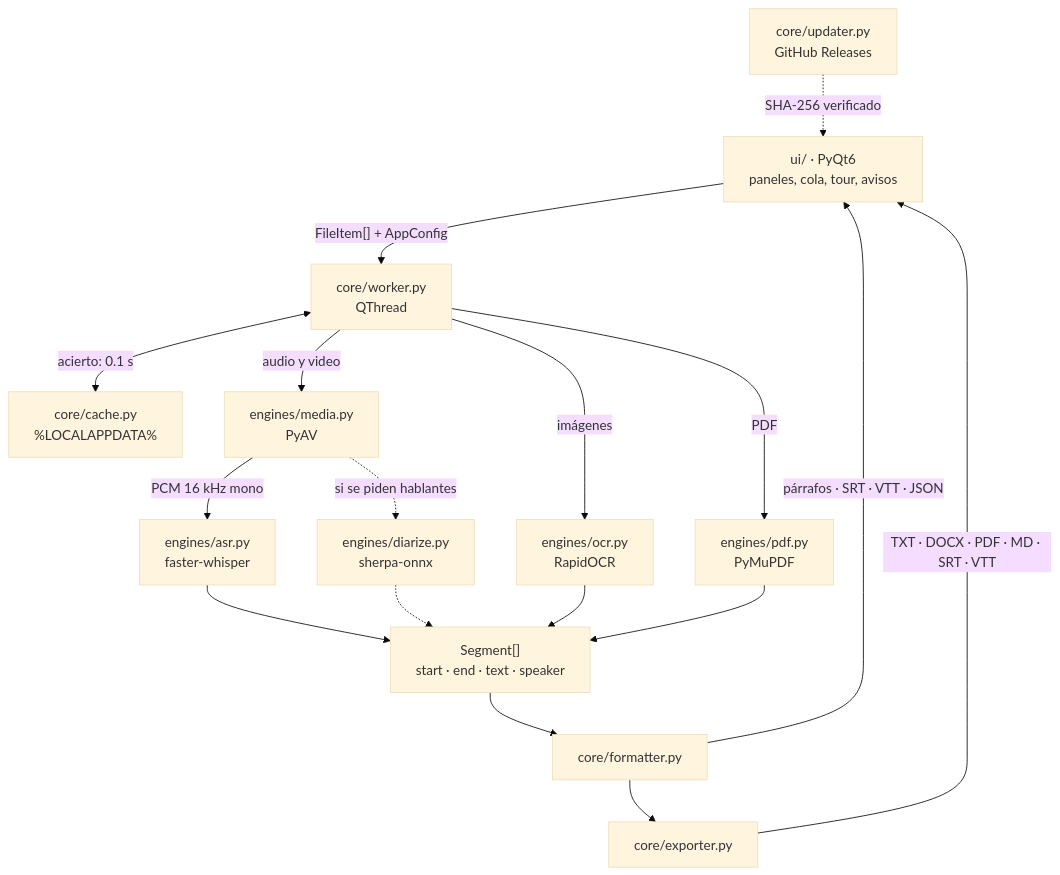
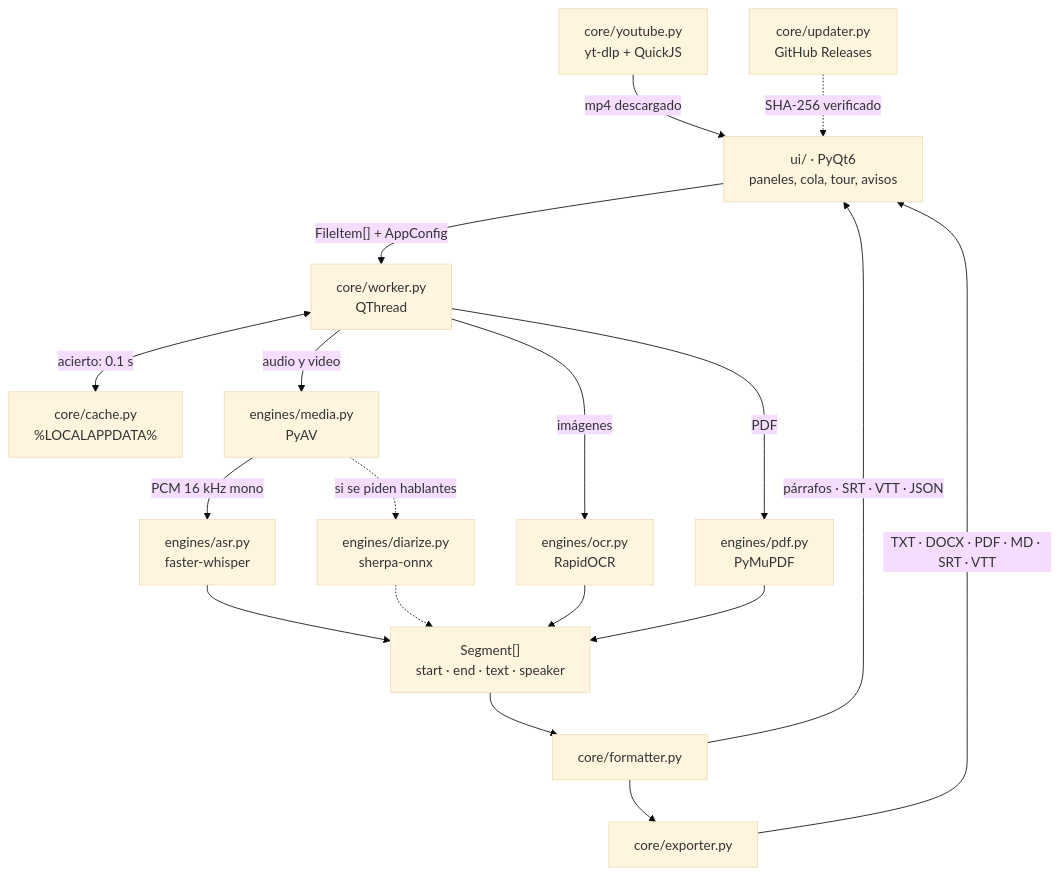
The diagram in README.md (LOAD-13/Lexa), drawn with Mermaid (base theme) before and after one commit. The commit also changed other lines of this file, not shown here.

````diff
--- a/README.md
+++ b/README.md
@@ -57,32 +66,34 @@
 ```mermaid
 flowchart TD
     UI["ui/ · PyQt6<br/>paneles, cola, tour, avisos"]
     W["core/worker.py<br/>QThread"]
     CA["core/cache.py<br/>%LOCALAPPDATA%"]
     ME["engines/media.py<br/>PyAV"]
     AS["engines/asr.py<br/>faster-whisper"]
     DI["engines/diarize.py<br/>sherpa-onnx"]
     OC["engines/ocr.py<br/>RapidOCR"]
     PD["engines/pdf.py<br/>PyMuPDF"]
     SG["Segment[]<br/>start · end · text · speaker"]
     FO["core/formatter.py"]
     EX["core/exporter.py"]
     UP["core/updater.py<br/>GitHub Releases"]
+    YT["core/youtube.py<br/>yt-dlp + QuickJS"]
 
+    YT -->|"mp4 descargado"| UI
     UI -->|"FileItem[] + AppConfig"| W
     W <-->|"acierto: 0.1 s"| CA
     W -->|"audio y video"| ME
     ME -->|"PCM 16 kHz mono"| AS
     AS --> SG
     ME -.->|"si se piden hablantes"| DI
     DI -.-> SG
     W -->|"imágenes"| OC
     W -->|"PDF"| PD
     OC --> SG
     PD --> SG
     SG --> FO
     FO -->|"párrafos · SRT · VTT · JSON"| UI
     FO --> EX
     EX -->|"TXT · DOCX · PDF · MD · SRT · VTT"| UI
     UP -.->|"SHA-256 verificado"| UI
 ```
````
